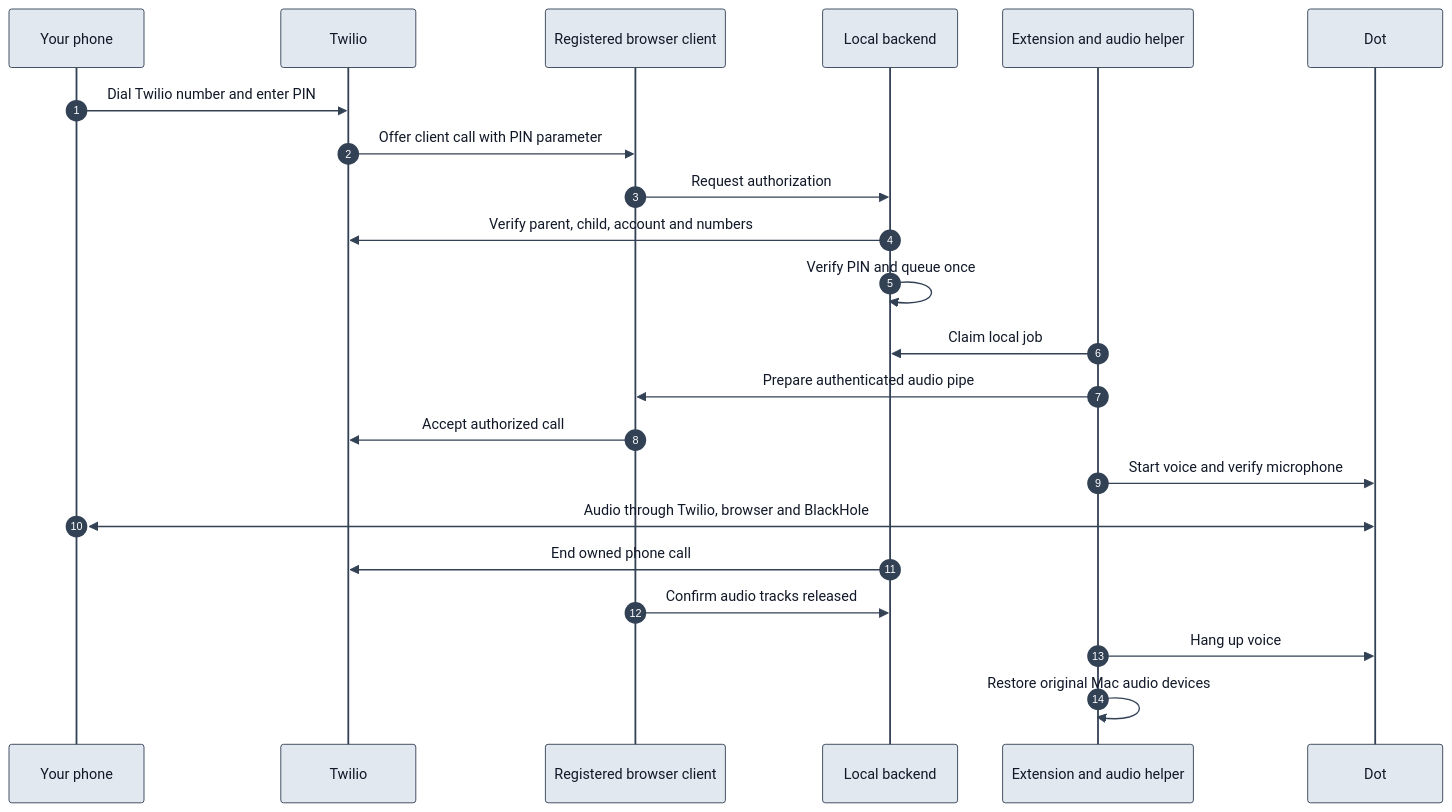
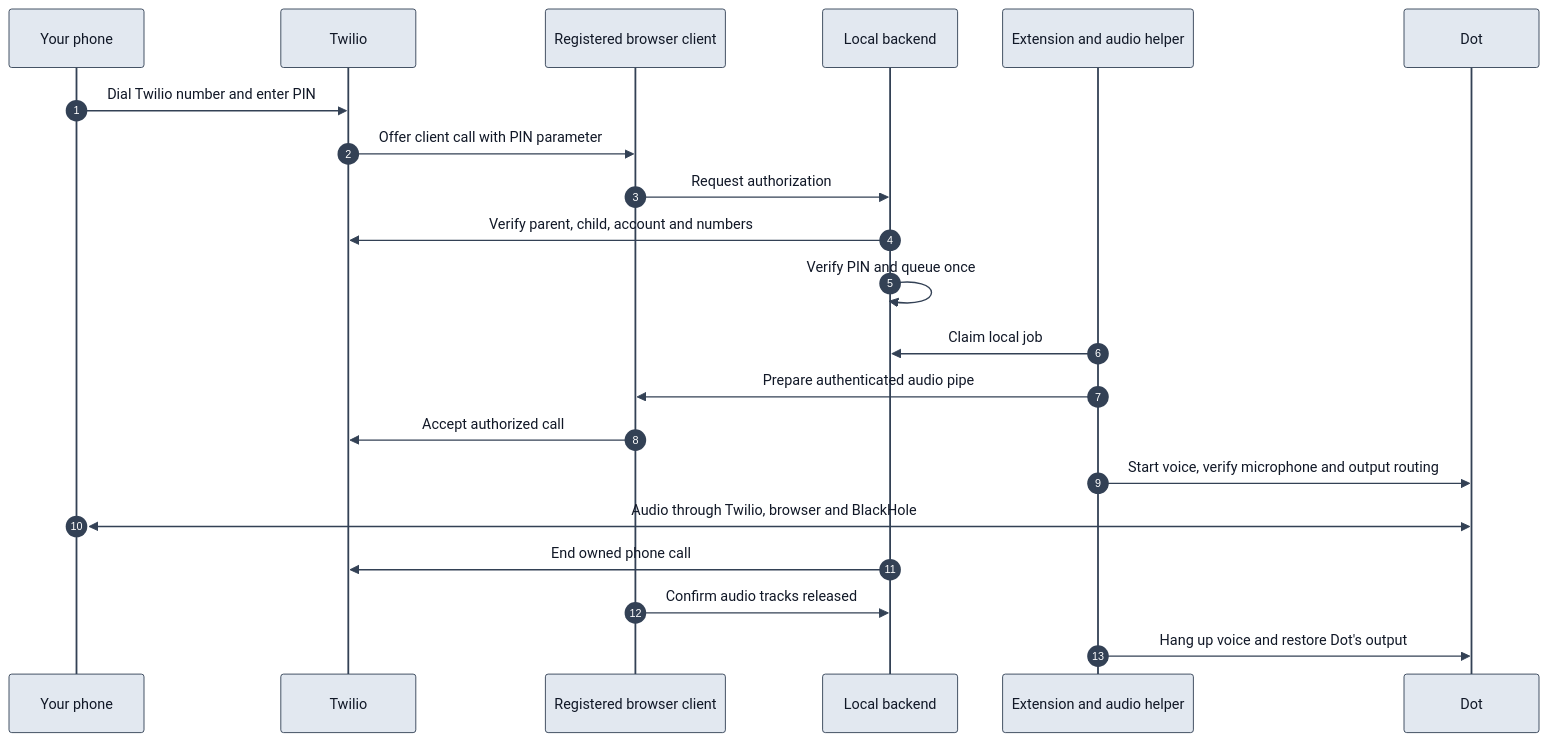
One commit to devhims/dot-phone-call changed the diagram in docs/ARCHITECTURE.md. Above: the diagram before and after it, drawn with Mermaid. The commit also changed other lines of this file and 23 other files, not shown here.

First line of the commit message:
feat: route call audio per tab by default and gate on dot output

````diff
--- a/docs/ARCHITECTURE.md
+++ b/docs/ARCHITECTURE.md
@@ -13,25 +13,24 @@
 ```mermaid
 %%{init: {'theme': 'base', 'themeVariables': {'actorBkg': '#e2e8f0', 'actorTextColor': '#111827', 'actorBorder': '#334155', 'signalColor': '#334155', 'signalTextColor': '#111827', 'sequenceNumberColor': '#ffffff'}}}%%
 sequenceDiagram
     autonumber
     participant P as Your phone
     participant T as Twilio
     participant B as Registered browser client
     participant L as Local backend
     participant H as Extension and audio helper
     participant D as Dot
     P->>T: Dial Twilio number and enter PIN
     T->>B: Offer client call with PIN parameter
     B->>L: Request authorization
     L->>T: Verify parent, child, account and numbers
     L->>L: Verify PIN and queue once
     H->>L: Claim local job
     H->>B: Prepare authenticated audio pipe
     B->>T: Accept authorized call
-    H->>D: Start voice and verify microphone
+    H->>D: Start voice, verify microphone and output routing
     P<<->>D: Audio through Twilio, browser and BlackHole
     L->>T: End owned phone call
     B->>L: Confirm audio tracks released
-    H->>D: Hang up voice
-    H->>H: Restore original Mac audio devices
+    H->>D: Hang up voice and restore Dot's output
 ```
````
